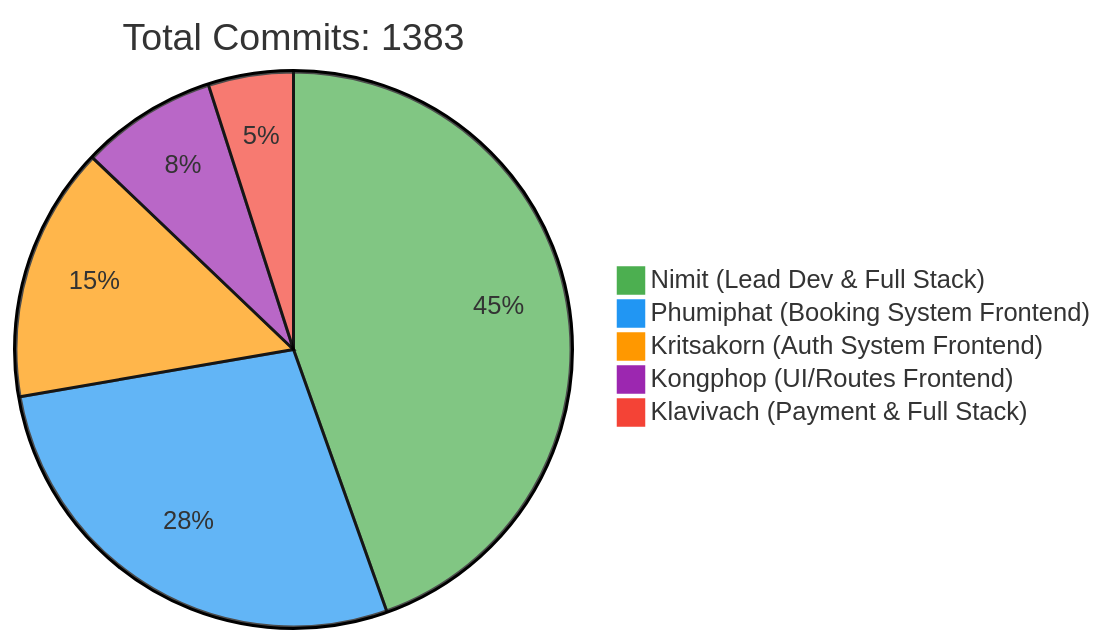
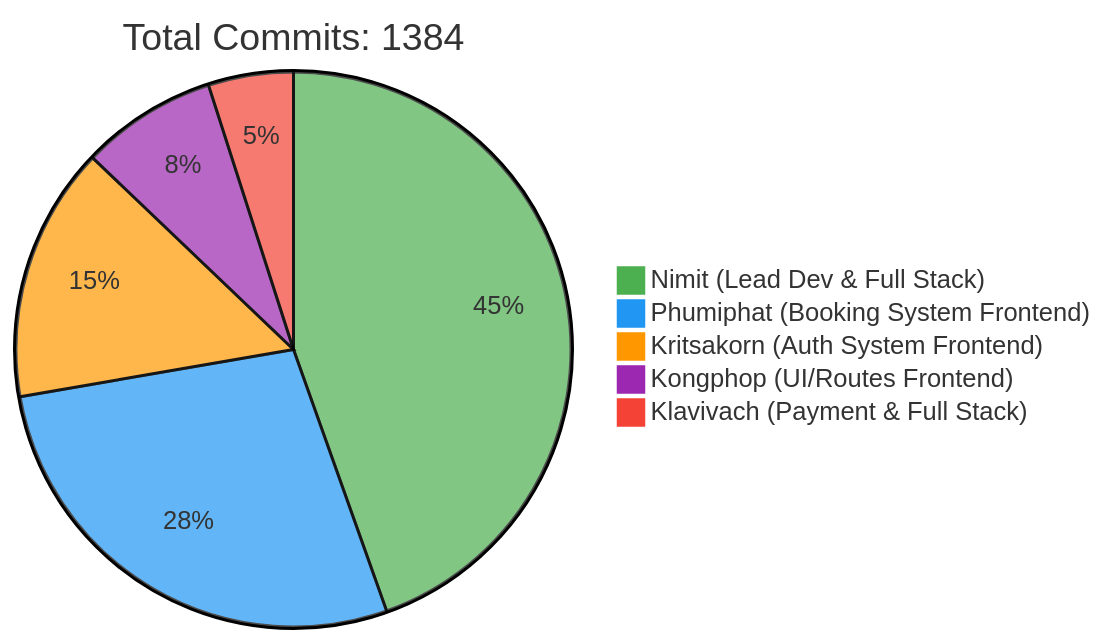
Before and after one commit to 6531503042/Sport-Complex: the first of 2 diagrams in README.md, drawn with Mermaid. The commit also changed other lines of this file, not shown here.

Commit message:
docs: Update contributor statistics [skip ci]

````diff
--- a/README.md
+++ b/README.md
@@ -257,10 +257,10 @@
 ```mermaid
 %%{init: {'theme': 'base', 'themeVariables': { 'pie1': '#4CAF50', 'pie2': '#2196F3', 'pie3': '#FF9800', 'pie4': '#9C27B0', 'pie5': '#F44336'}}}%%
 pie
-    title Total Commits: 1383
+    title Total Commits: 1384
     "Nimit (Lead Dev & Full Stack)" : 450
     "Phumiphat (Booking System Frontend)" : 280
     "Kritsakorn (Auth System Frontend)" : 150
     "Kongphop (UI/Routes Frontend)" : 80
     "Klavivach (Payment & Full Stack)" : 50
 ```
````
